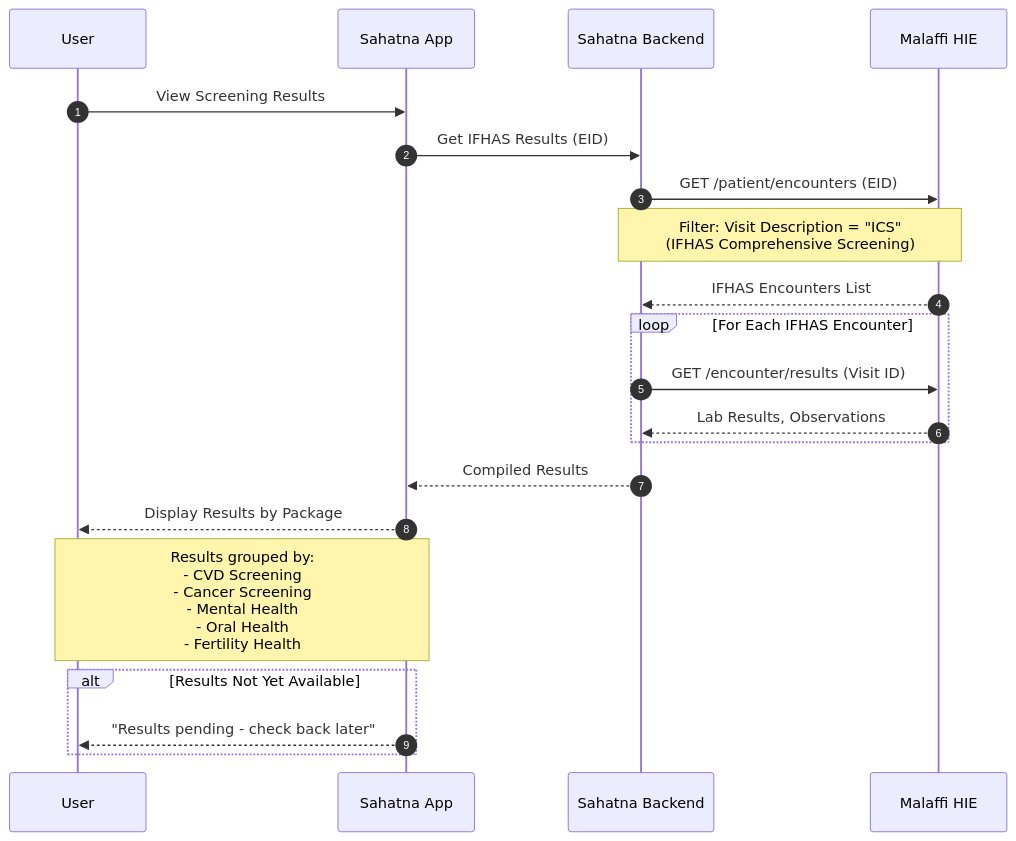
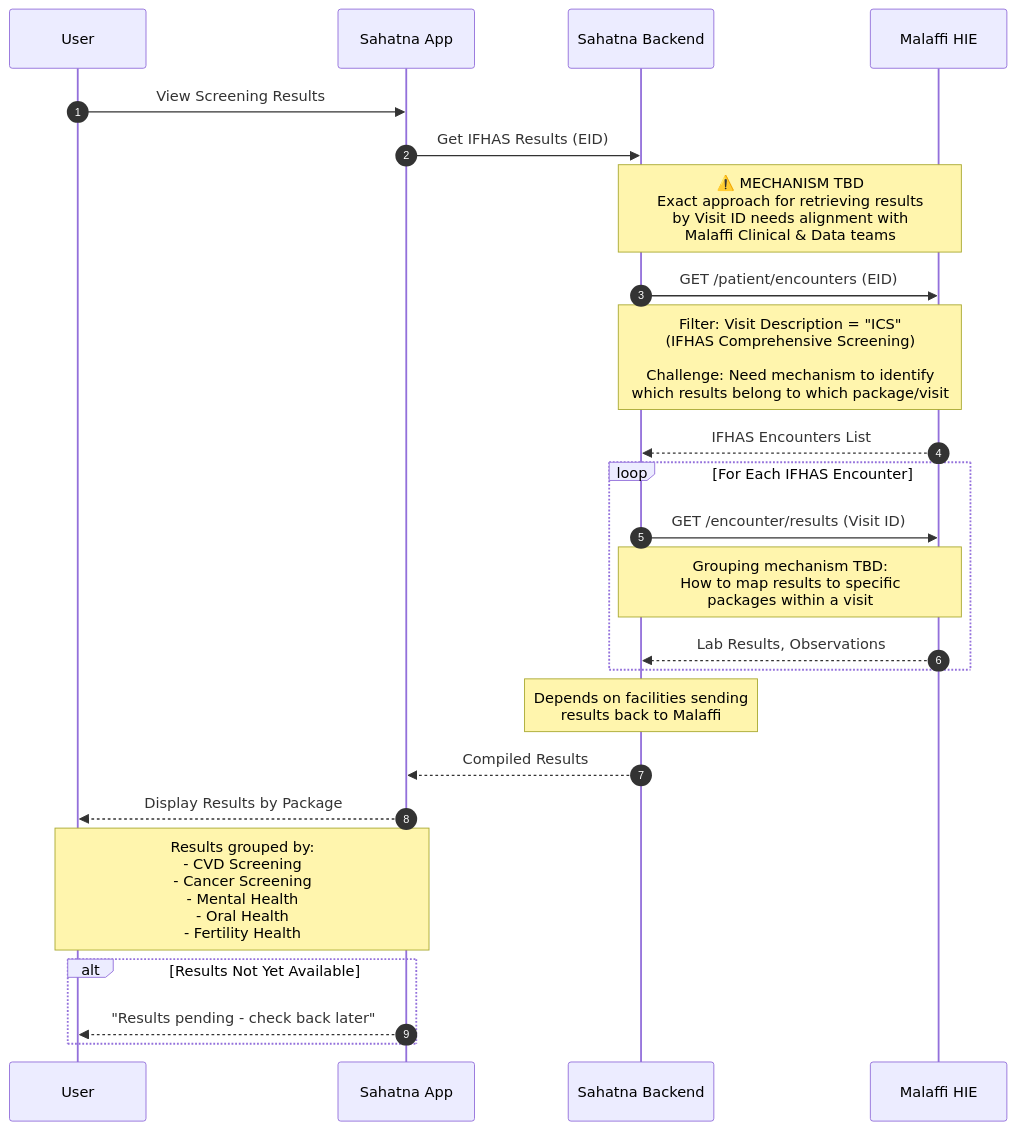
One commit to shlapolosa/local-ai-packaged changed the fifth of 11 diagrams in IFHAS_Sequence_Diagrams.md. Above: the diagram before and after it, drawn with Mermaid. The commit also changed other lines of this file and 1 other file, not shown here.

````diff
--- a/IFHAS_Sequence_Diagrams.md
+++ b/IFHAS_Sequence_Diagrams.md
@@ -132,29 +170,35 @@
 ```mermaid
 sequenceDiagram
     autonumber
     participant U as User
     participant SA as Sahatna App
     participant BE as Sahatna Backend
     participant M as Malaffi HIE
 
     U->>SA: View Screening Results
     SA->>BE: Get IFHAS Results (EID)
 
+    Note over BE,M: ⚠️ MECHANISM TBD<br/>Exact approach for retrieving results<br/>by Visit ID needs alignment with<br/>Malaffi Clinical & Data teams
+
     BE->>M: GET /patient/encounters (EID)
-    Note over BE,M: Filter: Visit Description = "ICS"<br/>(IFHAS Comprehensive Screening)
+    Note over BE,M: Filter: Visit Description = "ICS"<br/>(IFHAS Comprehensive Screening)<br/><br/>Challenge: Need mechanism to identify<br/>which results belong to which package/visit
+
     M-->>BE: IFHAS Encounters List
 
     loop For Each IFHAS Encounter
         BE->>M: GET /encounter/results (Visit ID)
+        Note over BE,M: Grouping mechanism TBD:<br/>How to map results to specific<br/>packages within a visit
         M-->>BE: Lab Results, Observations
     end
+
+    Note over BE: Depends on facilities sending<br/>results back to Malaffi
 
     BE-->>SA: Compiled Results
     SA-->>U: Display Results by Package
 
     Note over U,SA: Results grouped by:<br/>- CVD Screening<br/>- Cancer Screening<br/>- Mental Health<br/>- Oral Health<br/>- Fertility Health
 
     alt Results Not Yet Available
         SA-->>U: "Results pending - check back later"
     end
 ```
````
